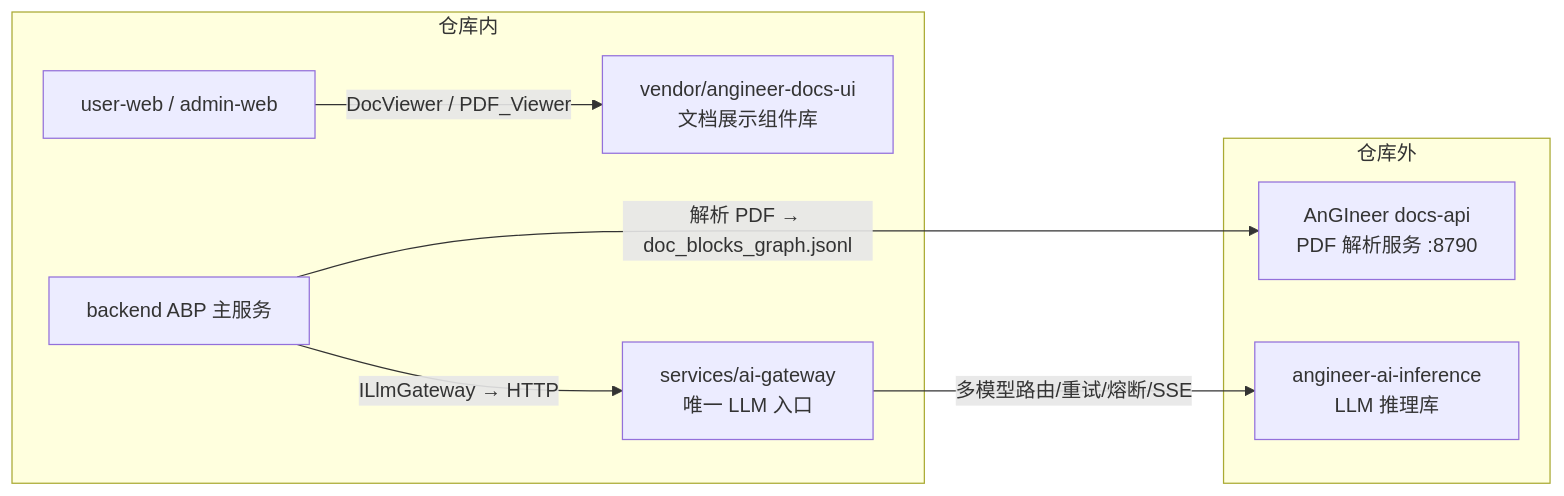
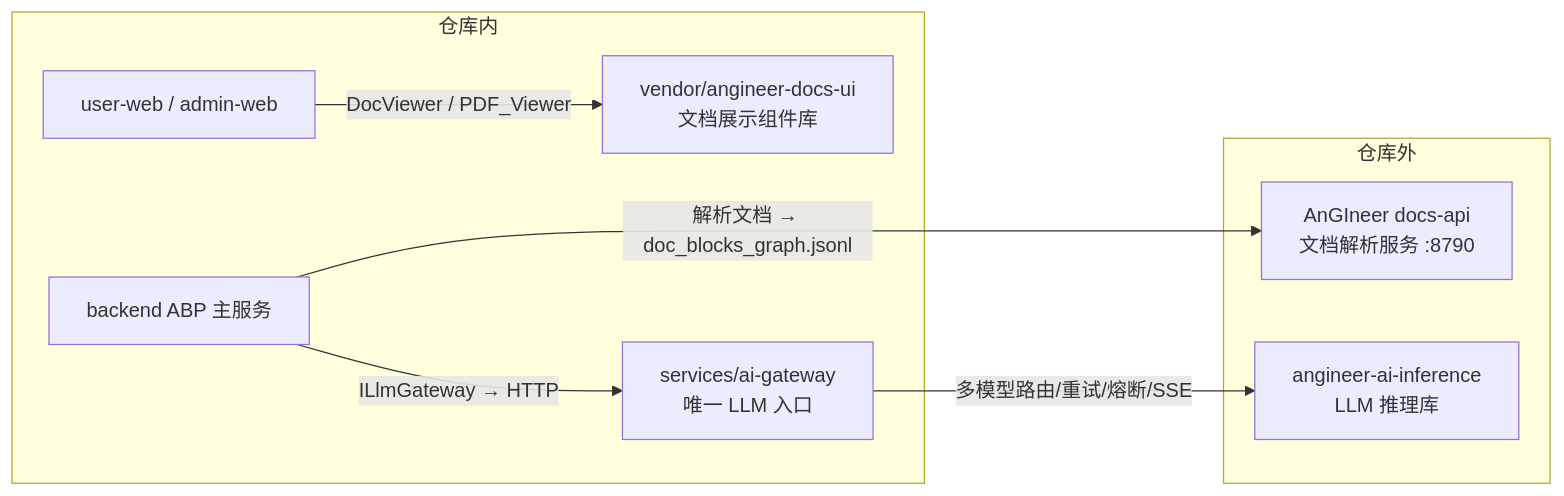
One commit to 0mao0/DredgeAI changed the second of 2 diagrams in README.md. Above: the diagram before and after it, drawn with Mermaid. The commit also changed other lines of this file and 53 other files, not shown here.

````diff
--- a/README.md
+++ b/README.md
@@ -44,17 +113,17 @@
 ```mermaid
 graph LR
     subgraph 仓库外
-        API[AnGIneer docs-api<br/>PDF 解析服务 :8790]
+        API[AnGIneer docs-api<br/>文档解析服务 :8790]
         LIB[angineer-ai-inference<br/>LLM 推理库]
     end
     subgraph 仓库内
         UI[vendor/angineer-docs-ui<br/>文档展示组件库]
         GW[services/ai-gateway<br/>唯一 LLM 入口]
         BE[backend ABP 主服务]
         FE[user-web / admin-web]
     end
-    BE -->|解析 PDF → doc_blocks_graph.jsonl| API
+    BE -->|解析文档 → doc_blocks_graph.jsonl| API
     FE -->|DocViewer / PDF_Viewer| UI
     GW -->|多模型路由/重试/熔断/SSE| LIB
     BE -->|ILlmGateway → HTTP| GW
 ```
````
